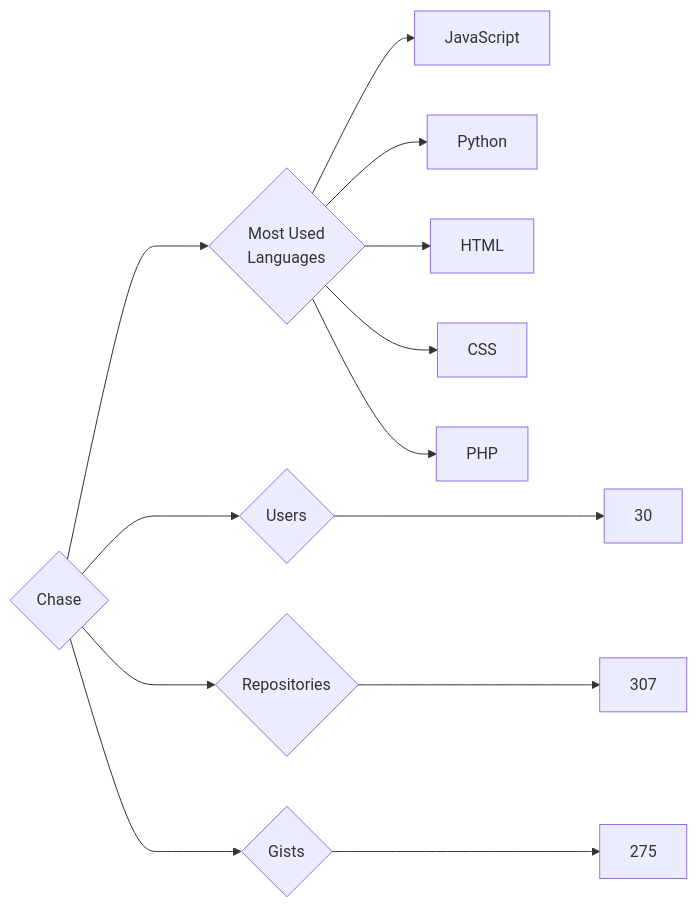
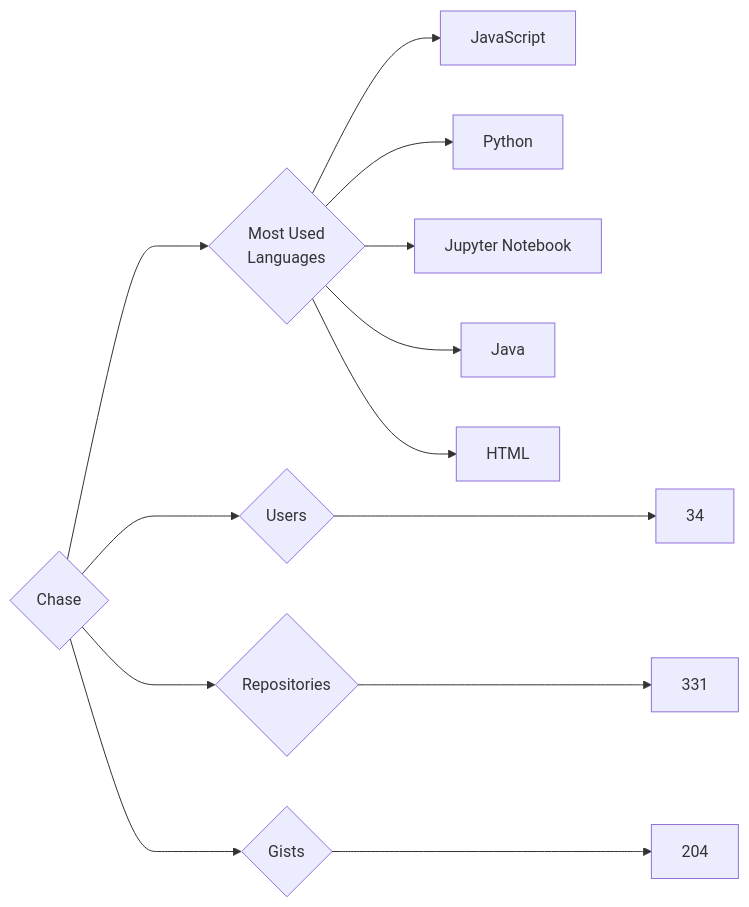
The diagram in targets/Chase/README.md (trickest/insiders), drawn with Mermaid before and after one commit. The commit also changed 823 other files, not shown here.

````diff
--- a/targets/Chase/README.md
+++ b/targets/Chase/README.md
@@ -3,13 +3,13 @@
 ```mermaid
 graph LR
 COMPANY_NAME{Chase}
-COMPANY_NAME ---> U{Users} ---> UN[30]
-COMPANY_NAME ---> R{Repositories} ---> RN[307]
-COMPANY_NAME ---> G{Gists} ---> GN[275]
+COMPANY_NAME ---> U{Users} ---> UN[34]
+COMPANY_NAME ---> R{Repositories} ---> RN[331]
+COMPANY_NAME ---> G{Gists} ---> GN[204]
 COMPANY_NAME ---> ML{Most Used<br>Languages}
 ML --> JavaScript[JavaScript]
 ML --> Python[Python]
+ML --> Jupyter_Notebook[Jupyter Notebook]
+ML --> Java[Java]
 ML --> HTML[HTML]
-ML --> CSS[CSS]
-ML --> PHP[PHP]
 ```
````
